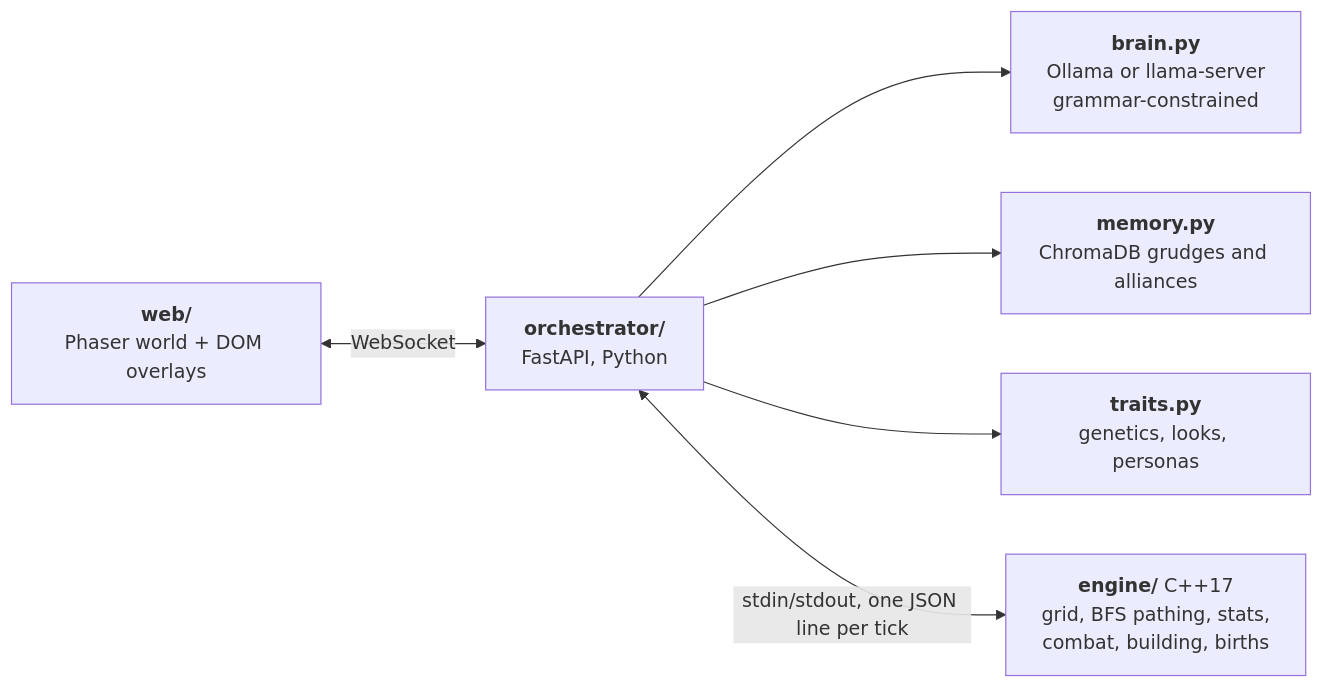
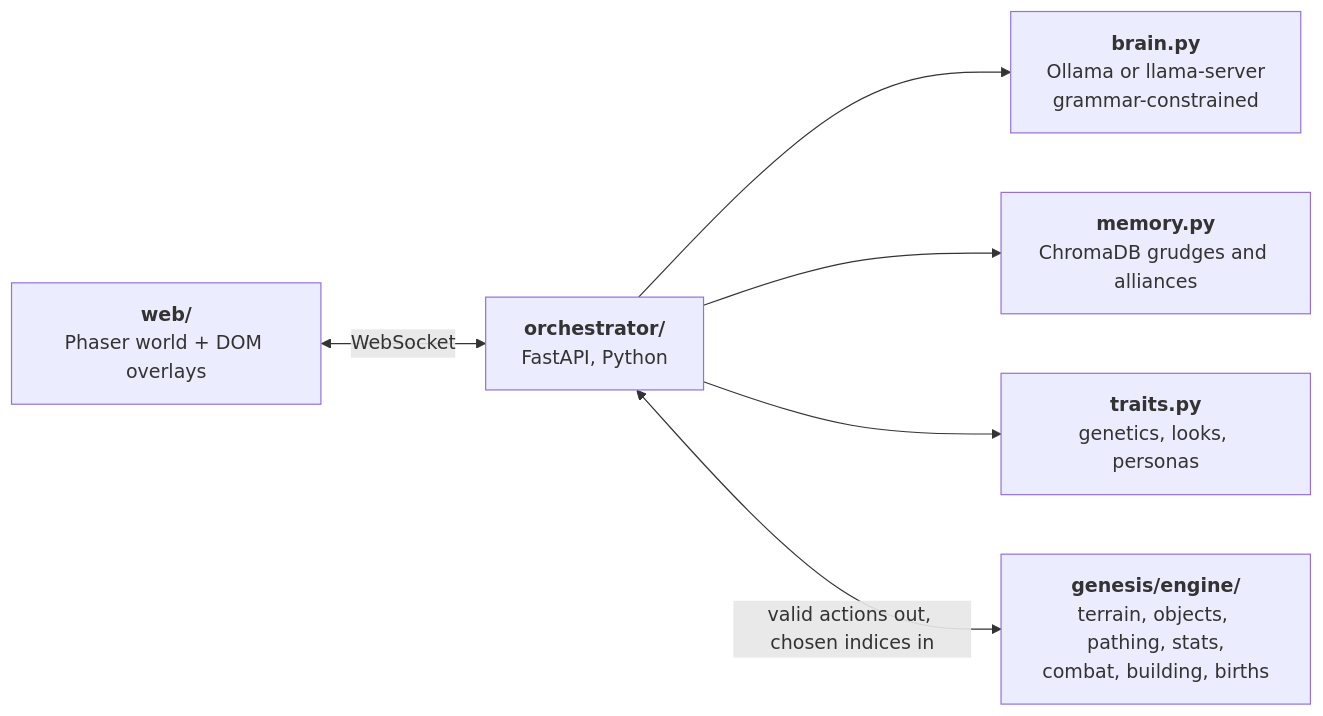
Before and after one commit to DMVexious/project-genesis: the diagram in README.md, drawn with Mermaid. The commit also changed other lines of this file and 33 other files, not shown here.

````diff
--- a/README.md
+++ b/README.md
@@ -97,14 +96,14 @@
 ```mermaid
 flowchart LR
     UI["<b>web/</b><br/>Phaser world + DOM overlays"]
     ORCH["<b>orchestrator/</b><br/>FastAPI, Python"]
     BRAIN["<b>brain.py</b><br/>Ollama or llama-server<br/>grammar-constrained"]
     MEM["<b>memory.py</b><br/>ChromaDB grudges and alliances"]
     TRAITS["<b>traits.py</b><br/>genetics, looks, personas"]
-    ENG["<b>engine/</b> C++17<br/>grid, BFS pathing, stats,<br/>combat, building, births"]
+    ENG["<b>genesis/engine/</b><br/>terrain, objects, pathing, stats,<br/>combat, building, births"]
     UI <-->|WebSocket| ORCH
     ORCH --> BRAIN
     ORCH --> MEM
     ORCH --> TRAITS
-    ORCH <-->|"stdin/stdout, one JSON line per tick"| ENG
+    ORCH <-->|"valid actions out, chosen indices in"| ENG
 ```
````
